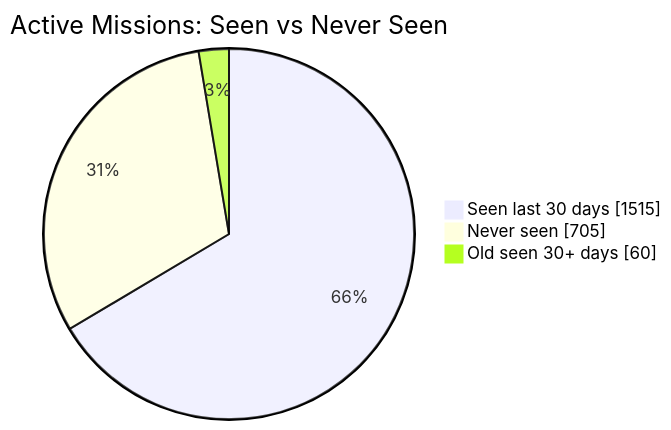
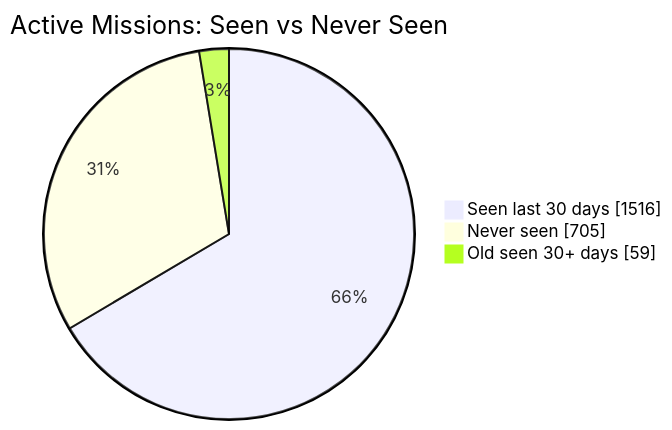
One commit to MeldkamerspelGameTeam/active-missions changed the first of 2 diagrams in README.md. Above: the diagram before and after it, drawn with Mermaid. The commit also changed other lines of this file and 2 other files, not shown here.

````diff
--- a/README.md
+++ b/README.md
@@ -34,7 +34,7 @@
 ```mermaid
 pie showData
     title Active Missions: Seen vs Never Seen
-    "Seen last 30 days" : 1515
+    "Seen last 30 days" : 1516
     "Never seen" : 705
-    "Old seen 30+ days" : 60
+    "Old seen 30+ days" : 59
 ```
````
